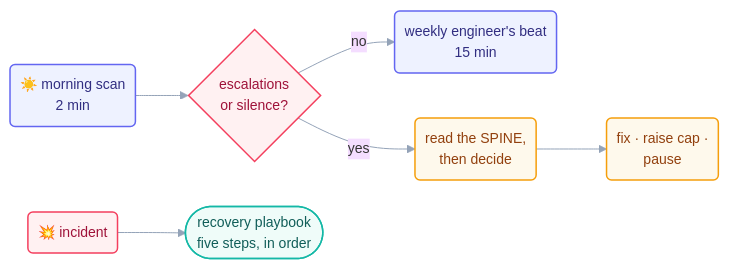
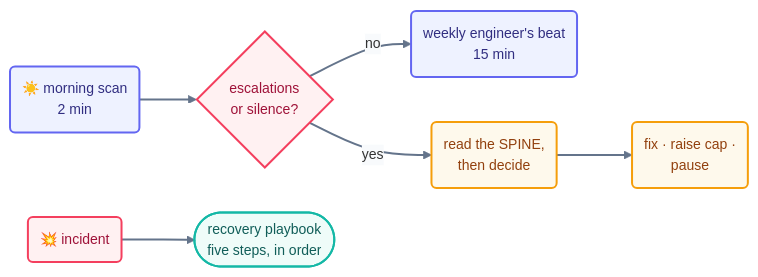
Before and after one commit to ayeshakhalid192007-dev/LoopEngineering-CrashCourse: the diagram in docs/10-operating/operating-loops.md, drawn with Mermaid. The commit also changed 66 other files, not shown here.

First line of the commit message:
docs(diagrams): bolden and unify all 70 mermaid diagrams

````diff
--- a/docs/10-operating/operating-loops.md
+++ b/docs/10-operating/operating-loops.md
@@ -37,14 +37,15 @@
 ```mermaid
-%%{init: {'theme':'base','themeVariables':{'fontFamily':'ui-sans-serif, system-ui, sans-serif','fontSize':'14px','lineColor':'#94a3b8'},'flowchart':{'curve':'basis','nodeSpacing':45,'rankSpacing':50,'padding':10}}}%%
+%%{init: {'theme':'base','themeVariables':{'fontFamily':'ui-sans-serif, system-ui, sans-serif','fontSize':'14px','lineColor':'#64748b','edgeLabelBackground':'#f8fafc'},'flowchart':{'curve':'basis','nodeSpacing':45,'rankSpacing':55,'padding':12}}}%%
 flowchart LR
     M("☀️ morning scan<br/>2 min"):::step --> E{"escalations<br/>or silence?"}:::limit
     E -->|no| W("weekly engineer's beat<br/>15 min"):::step
     E -->|yes| R("read the SPINE,<br/>then decide"):::warn
     R --> D("fix · raise cap ·<br/>pause"):::human
     INC("💥 incident"):::limit --> PB(["recovery playbook<br/>five steps, in order"]):::win
-    classDef step fill:#eef2ff,stroke:#6366f1,stroke-width:1.5px,color:#312e81;
-    classDef limit fill:#fff1f2,stroke:#f43f5e,stroke-width:1.5px,color:#9f1239;
-    classDef warn fill:#fef9ec,stroke:#f59e0b,stroke-width:1.5px,color:#92400e;
-    classDef human fill:#fef9ec,stroke:#f59e0b,stroke-width:1.5px,color:#92400e;
-    classDef win fill:#effcf9,stroke:#14b8a6,stroke-width:1.5px,color:#115e59;
+    linkStyle default stroke:#64748b,stroke-width:2px;
+    classDef step fill:#eef2ff,stroke:#6366f1,stroke-width:2px,color:#312e81;
+    classDef limit fill:#fff1f2,stroke:#f43f5e,stroke-width:2px,color:#9f1239;
+    classDef warn fill:#fef9ec,stroke:#f59e0b,stroke-width:2px,color:#92400e;
+    classDef human fill:#fef9ec,stroke:#f59e0b,stroke-width:2px,color:#92400e;
+    classDef win fill:#effcf9,stroke:#14b8a6,stroke-width:2px,color:#115e59;
 ```
````
